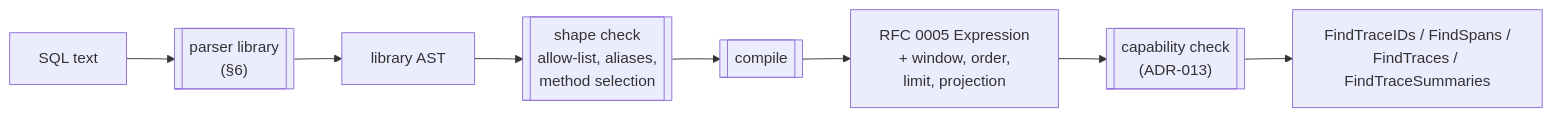
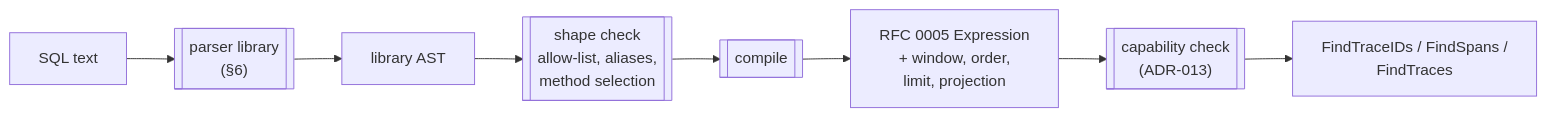
One commit to jaegertracing/jaeger changed the diagram in docs/rfc/0019-sql-query-surface.md. Above: the diagram before and after it, drawn with Mermaid. The commit also changed other lines of this file and 17 other files, not shown here.

First line of the commit message:
feat(mcp): Take only a SQL statement in the find_traces tool (#10083)

````diff
--- a/docs/rfc/0019-sql-query-surface.md
+++ b/docs/rfc/0019-sql-query-surface.md
@@ -160,10 +160,10 @@
 ```mermaid
 flowchart LR
     sql["SQL text"] --> parse[["parser library<br/>(§6)"]]
     parse --> ast["library AST"]
     ast --> shape[["shape check<br/>allow-list, aliases,<br/>method selection"]]
     shape --> compile[["compile"]]
     compile --> expr["RFC 0005 Expression<br/>+ window, order,<br/>limit, projection"]
     expr --> caps[["capability check<br/>(ADR-013)"]]
-    caps --> rpc["FindTraceIDs / FindSpans /<br/>FindTraces / FindTraceSummaries"]
+    caps --> rpc["FindTraceIDs / FindSpans /<br/>FindTraces"]
 ```
````
